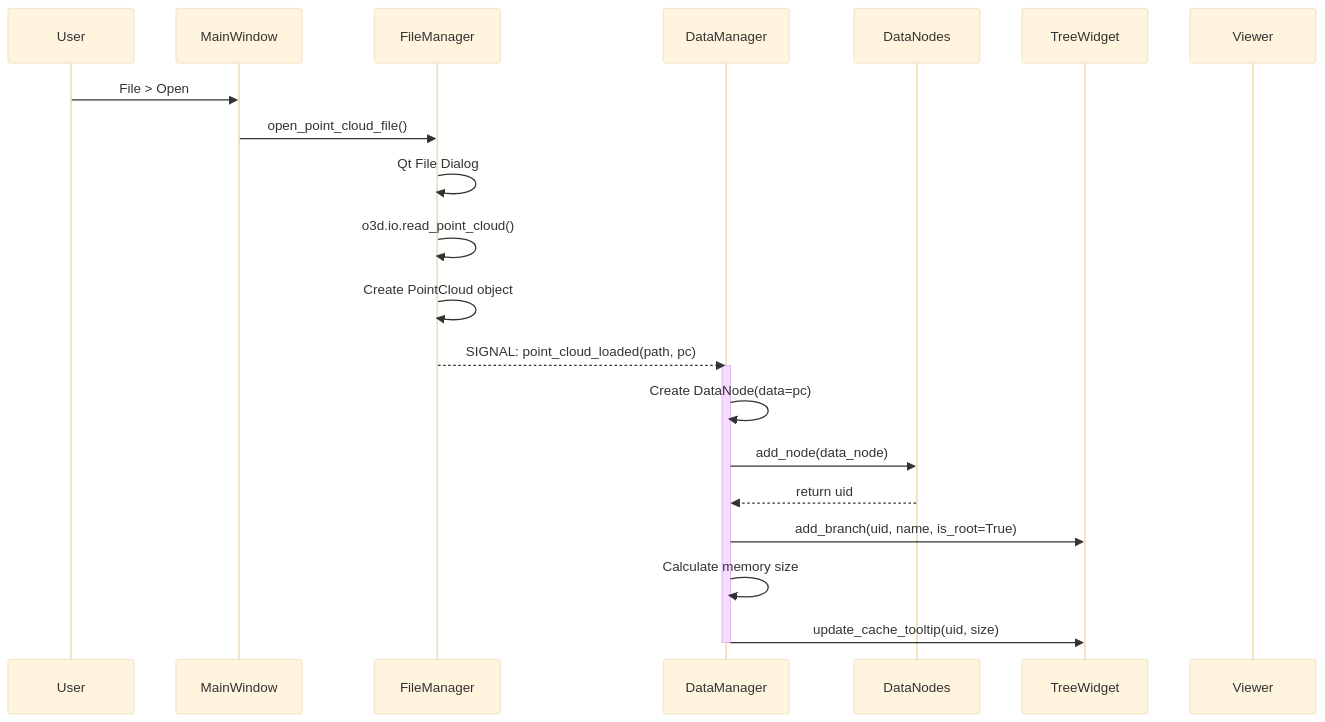
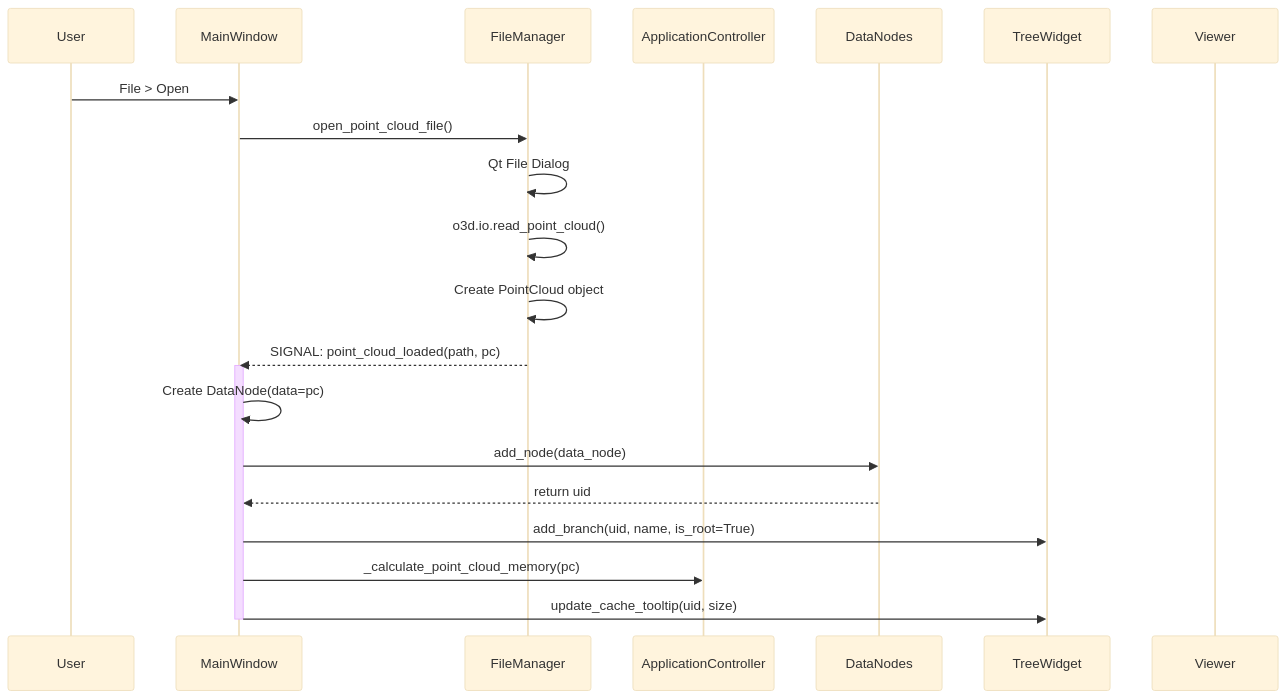
One commit to Sepehr-Sobhani-AU/SPCToolkit changed the third of 8 diagrams in ARCHITECTURE.md. Above: the diagram before and after it, drawn with Mermaid (base theme). The commit also changed other lines of this file and 1 other file, not shown here.

First line of the commit message:
Update CLAUDE.md and ARCHITECTURE.md for new architecture

````diff
--- a/ARCHITECTURE.md
+++ b/ARCHITECTURE.md
@@ -155,27 +185,27 @@
 ```mermaid
 sequenceDiagram
     participant User
     participant MW as MainWindow
     participant FM as FileManager
-    participant DM as DataManager
+    participant AC as ApplicationController
     participant DN as DataNodes
     participant TW as TreeWidget
     participant PV as Viewer
 
     User->>MW: File > Open
     MW->>FM: open_point_cloud_file()
     FM->>FM: Qt File Dialog
     FM->>FM: o3d.io.read_point_cloud()
     FM->>FM: Create PointCloud object
 
-    FM-->>DM: SIGNAL: point_cloud_loaded(path, pc)
+    FM-->>MW: SIGNAL: point_cloud_loaded(path, pc)
 
-    activate DM
-    DM->>DM: Create DataNode(data=pc)
-    DM->>DN: add_node(data_node)
-    DN-->>DM: return uid
-    DM->>TW: add_branch(uid, name, is_root=True)
-    DM->>DM: Calculate memory size
-    DM->>TW: update_cache_tooltip(uid, size)
-    deactivate DM
+    activate MW
+    MW->>MW: Create DataNode(data=pc)
+    MW->>DN: add_node(data_node)
+    DN-->>MW: return uid
+    MW->>TW: add_branch(uid, name, is_root=True)
+    MW->>AC: _calculate_point_cloud_memory(pc)
+    MW->>TW: update_cache_tooltip(uid, size)
+    deactivate MW
 ```
````
